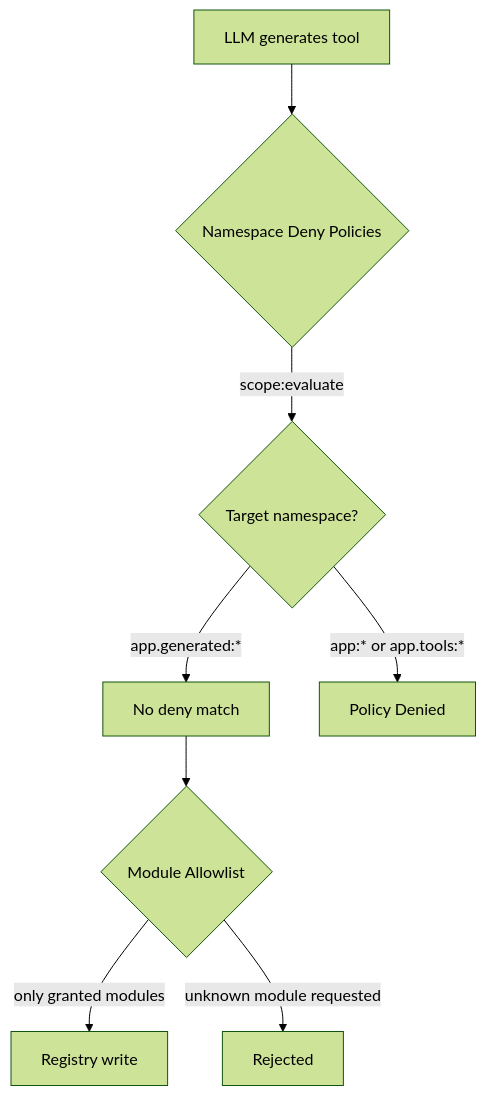
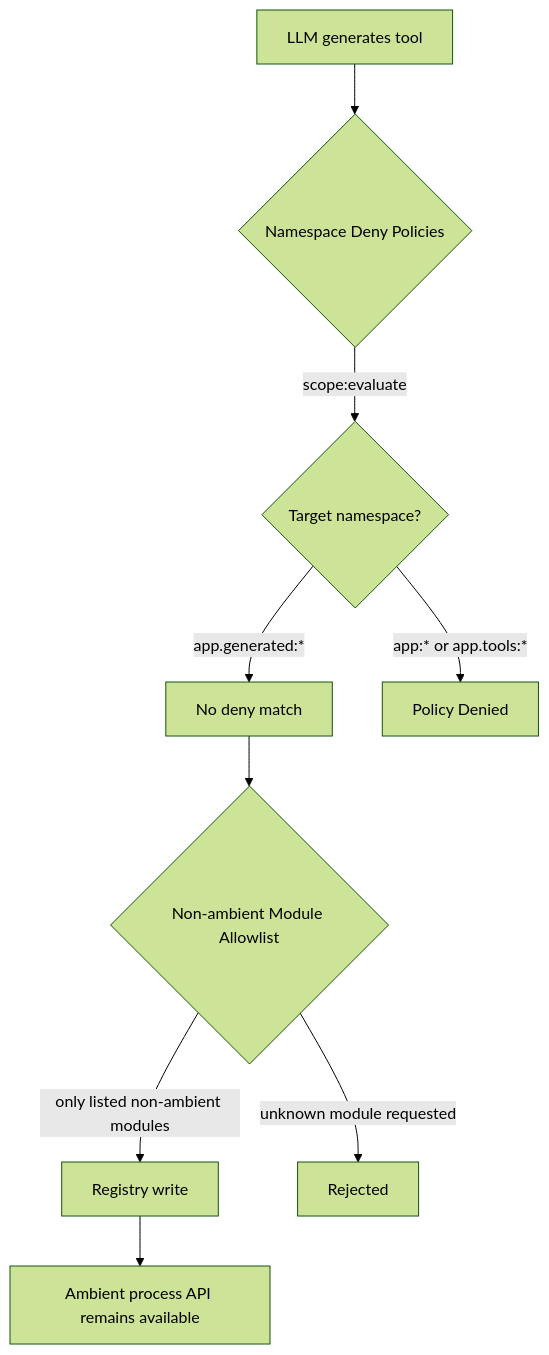
The fourth of 4 diagrams in en/tutorials/micro-agi.md (wippyai/docs), drawn with Mermaid (forest theme) before and after one commit. The commit also changed other lines of this file and 4 other files, not shown here.

````diff
--- a/en/tutorials/micro-agi.md
+++ b/en/tutorials/micro-agi.md
@@ -537,11 +554,12 @@
 ```mermaid
 flowchart TD
     LLM[LLM generates tool] --> P{Namespace Deny Policies}
     P -->|scope:evaluate| Check{Target namespace?}
     Check -->|app.generated:*| OK[No deny match]
     Check -->|app:* or app.tools:*| Deny[Policy Denied]
 
-    OK --> M{Module Allowlist}
-    M -->|only granted modules| R[Registry write]
+    OK --> M{Non-ambient Module Allowlist}
+    M -->|only listed non-ambient modules| R[Registry write]
     M -->|unknown module requested| Err[Rejected]
+    R --> A[Ambient process API remains available]
 ```
````
